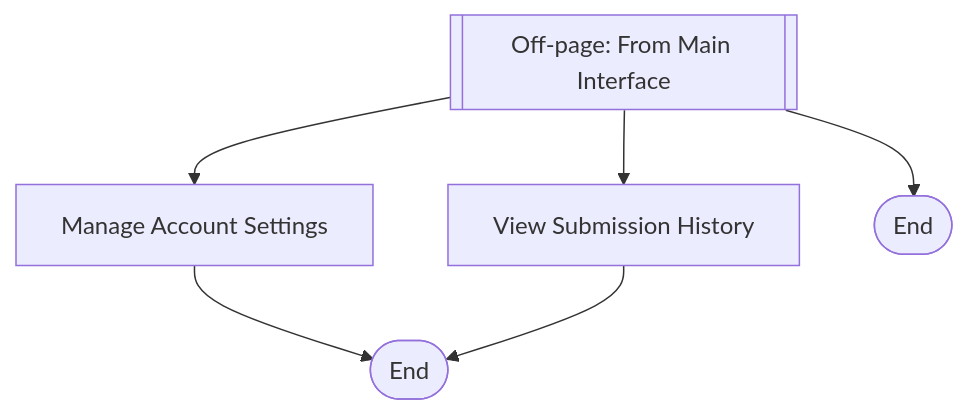
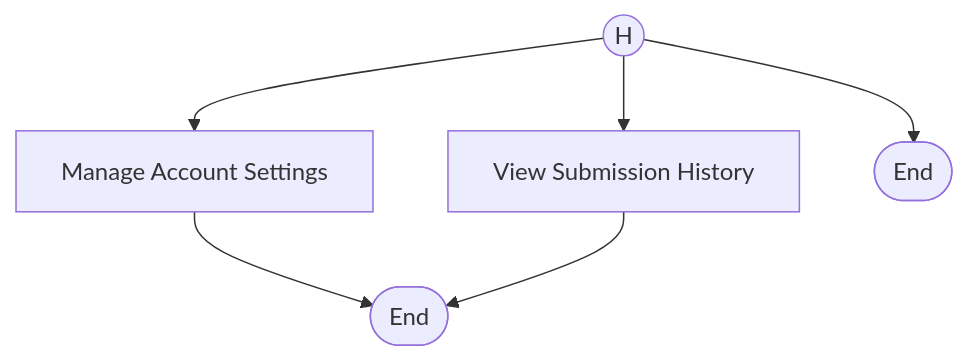
Before and after one commit to Jechrispotato/Refractor: diagram 20 of 33 in Manuscript/diagrams.md, drawn with Mermaid. The commit also changed other lines of this file and 2 other files, not shown here.

````diff
--- a/Manuscript/diagrams.md
+++ b/Manuscript/diagrams.md
@@ -397,9 +397,9 @@
 ```mermaid
 flowchart TD
-    OP2[[Off-page: From Main Interface]] --> Settings[Manage Account Settings]
+    OP2((H)) --> Settings[Manage Account Settings]
     OP2 --> History[View Submission History]
     OP2 --> Logout([End])
 
     Settings --> Done([End])
     History --> Done
 ```
````
